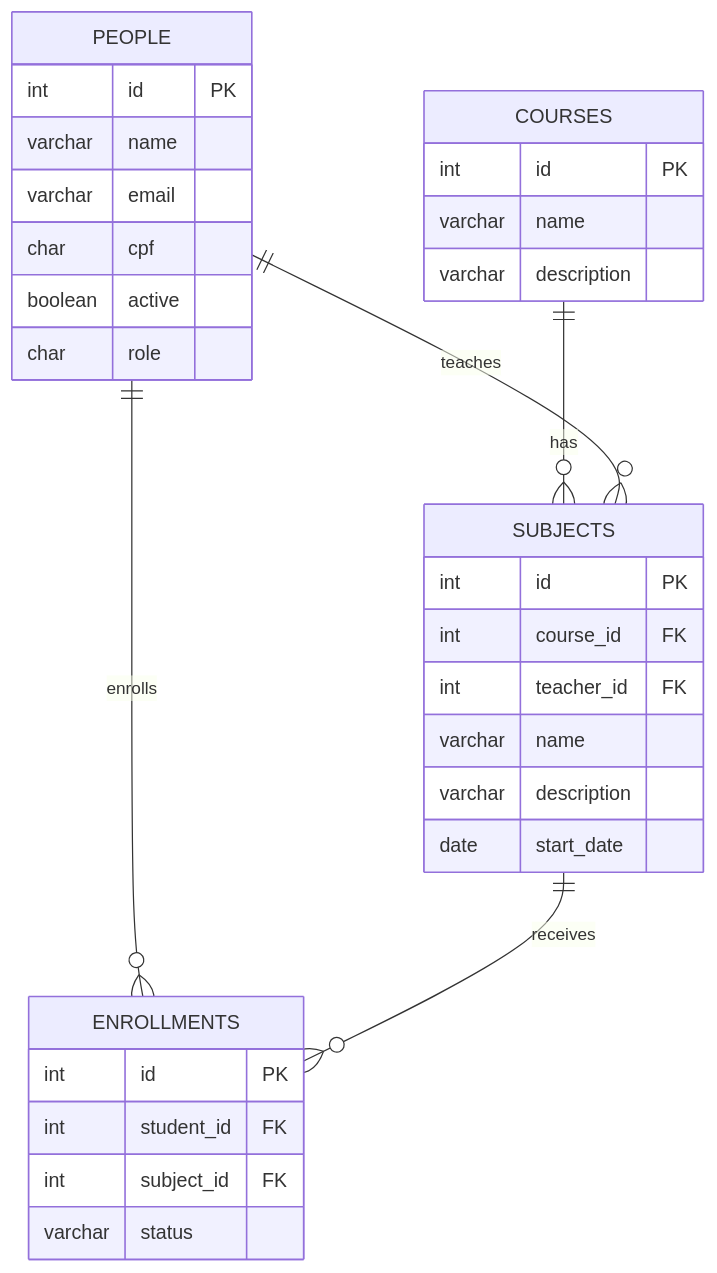
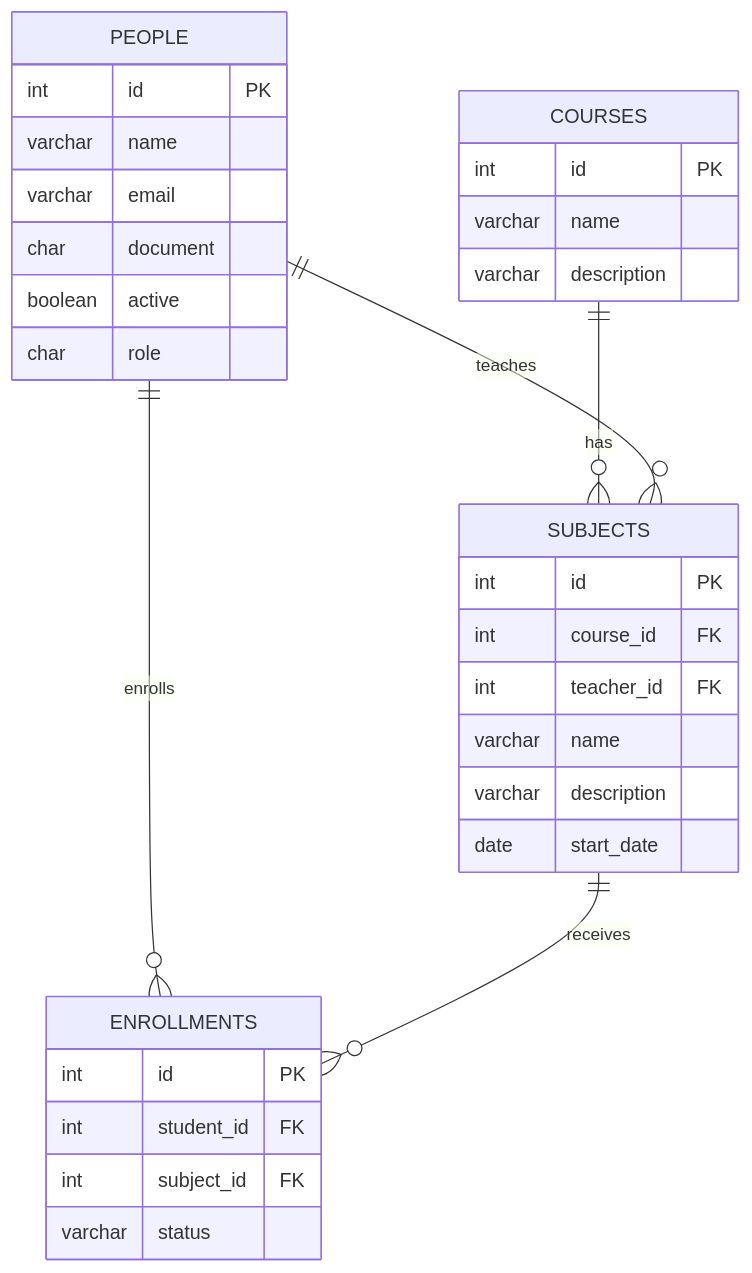
One commit to guilherme-eira/enrollment-management-api changed the diagram in README.md. Above: the diagram before and after it, drawn with Mermaid. The commit also changed 6 other files, not shown here.

Commit message:
refactor: replace 'cpf' with 'document' for naming consistency

````diff
--- a/README.md
+++ b/README.md
@@ -16,38 +16,38 @@
 ```mermaid
 erDiagram
     PEOPLE {
         int id PK
         varchar name
         varchar email
-        char cpf
+        char document
         boolean active
         char role
     }
 
     COURSES {
         int id PK
         varchar name
         varchar description
     }
 
     SUBJECTS {
         int id PK
         int course_id FK
         int teacher_id FK
         varchar name
         varchar description
         date start_date
     }
 
     ENROLLMENTS {
         int id PK
         int student_id FK
         int subject_id FK
         varchar status
     }
 
     COURSES ||--o{ SUBJECTS : has
     PEOPLE  ||--o{ SUBJECTS : teaches
     PEOPLE  ||--o{ ENROLLMENTS : enrolls
     SUBJECTS ||--o{ ENROLLMENTS : receives
 ```
````
